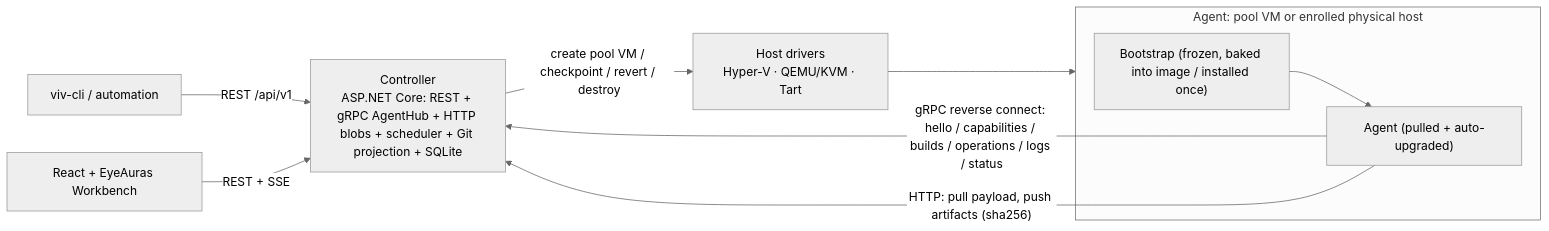
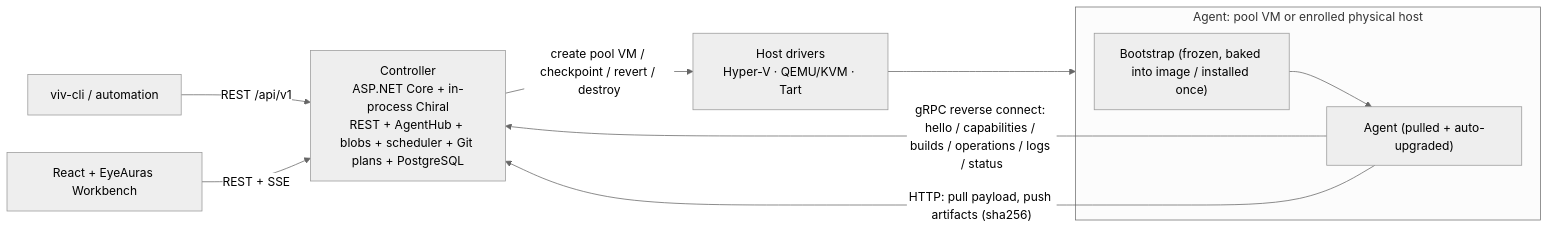
One commit to iXab3r/Vivarium changed the diagram in docs/ARCHITECTURE.md. Above: the diagram before and after it, drawn with Mermaid (neutral theme). The commit also changed other lines of this file and 29 other files, not shown here.

````diff
--- a/docs/ARCHITECTURE.md
+++ b/docs/ARCHITECTURE.md
@@ -65,13 +76,13 @@
 ```mermaid
 flowchart LR
     CLI["viv-cli / automation"] -- "REST /api/v1" --> C
     UI["React + EyeAuras Workbench"] -- "REST + SSE" --> C
-    C["Controller<br/>ASP.NET Core: REST + gRPC AgentHub + HTTP blobs + scheduler + Git projection + SQLite"]
+    C["Controller<br/>ASP.NET Core + in-process Chiral<br/>REST + AgentHub + blobs + scheduler + Git plans + PostgreSQL"]
     C -- "create pool VM / checkpoint / revert / destroy" --> D["Host drivers<br/>Hyper-V · QEMU/KVM · Tart"]
     subgraph Clone ["Agent: pool VM or enrolled physical host"]
         B["Bootstrap (frozen, baked into image / installed once)"] --> A["Agent (pulled + auto-upgraded)"]
     end
     D --> Clone
     A -- "gRPC reverse connect: hello / capabilities / builds / operations / logs / status" --> C
     A -- "HTTP: pull payload, push artifacts (sha256)" --> C
 ```
````
